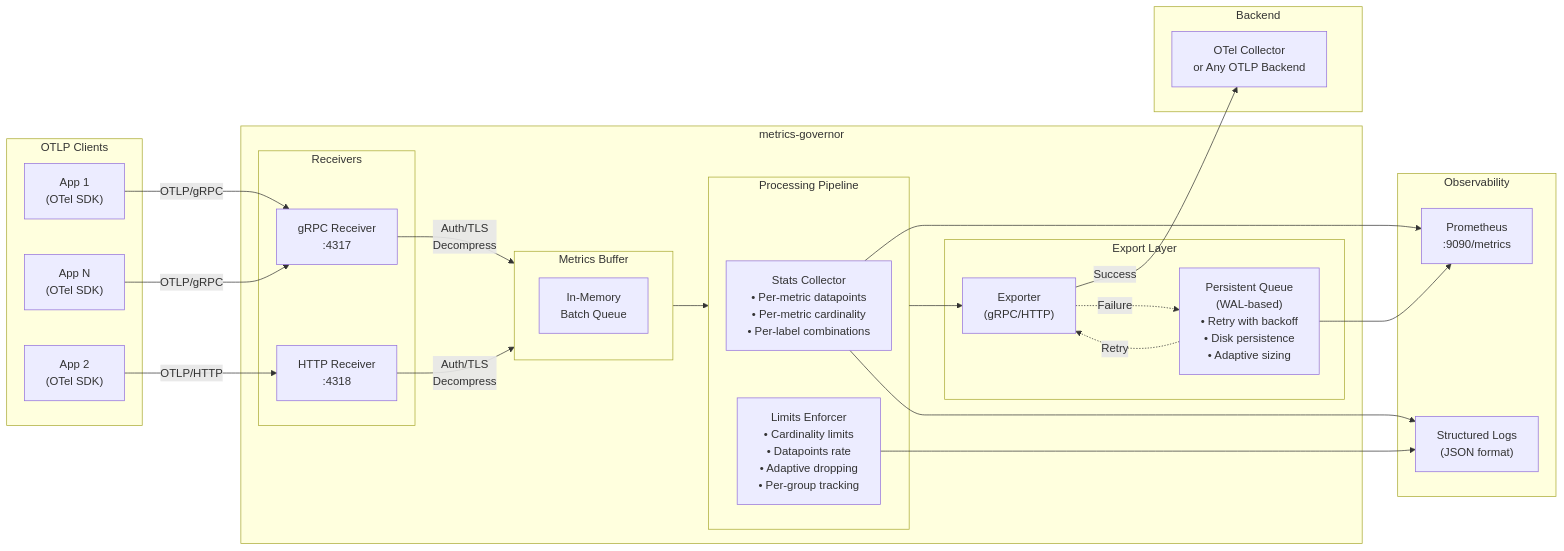
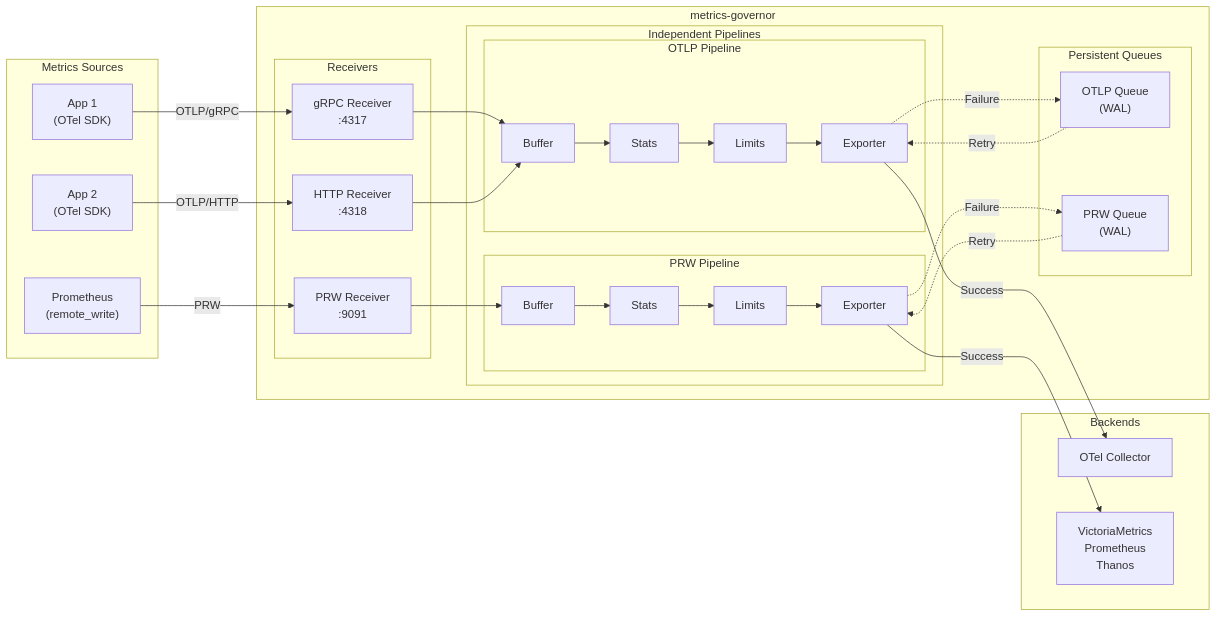
The diagram in README.md (szibis/metrics-governor), drawn with Mermaid before and after one commit. The commit also changed other lines of this file, not shown here.

Commit message:
Add PRW docs

````diff
--- a/README.md
+++ b/README.md
@@ -32,55 +35,54 @@
 ```mermaid
 flowchart LR
-    subgraph Clients["OTLP Clients"]
+    subgraph Clients["Metrics Sources"]
         App1["App 1<br/>(OTel SDK)"]
         App2["App 2<br/>(OTel SDK)"]
-        AppN["App N<br/>(OTel SDK)"]
+        Prom["Prometheus<br/>(remote_write)"]
     end
 
     subgraph MG["metrics-governor"]
         subgraph Receivers["Receivers"]
             GRPC["gRPC Receiver<br/>:4317"]
             HTTP["HTTP Receiver<br/>:4318"]
+            PRW["PRW Receiver<br/>:9091"]
         end
 
-        subgraph Buffer["Metrics Buffer"]
-            MemQueue["In-Memory<br/>Batch Queue"]
+        subgraph Pipelines["Independent Pipelines"]
+            subgraph OTLP_Pipeline["OTLP Pipeline"]
+                OBuf["Buffer"]
+                OStats["Stats"]
+                OLimits["Limits"]
+                OExp["Exporter"]
+            end
+            subgraph PRW_Pipeline["PRW Pipeline"]
+                PBuf["Buffer"]
+                PStats["Stats"]
+                PLimits["Limits"]
+                PExp["Exporter"]
+            end
         end
 
-        subgraph Pipeline["Processing Pipeline"]
-            Stats["Stats Collector<br/>• Per-metric datapoints<br/>• Per-metric cardinality<br/>• Per-label combinations"]
-            Limits["Limits Enforcer<br/>• Cardinality limits<br/>• Datapoints rate<br/>• Adaptive dropping<br/>• Per-group tracking"]
-        end
-
-        subgraph Export["Export Layer"]
-            Exporter["Exporter<br/>(gRPC/HTTP)"]
-            SendQueue["Persistent Queue<br/>(WAL-based)<br/>• Retry with backoff<br/>• Disk persistence<br/>• Adaptive sizing"]
+        subgraph Queue["Persistent Queues"]
+            OQueue["OTLP Queue<br/>(WAL)"]
+            PQueue["PRW Queue<br/>(WAL)"]
         end
     end
 
-    subgraph Backend["Backend"]
-        OTel["OTel Collector<br/>or Any OTLP Backend"]
-    end
-
-    subgraph Observability["Observability"]
-        Prom["Prometheus<br/>:9090/metrics"]
-        Logs["Structured Logs<br/>(JSON format)"]
+    subgraph Backends["Backends"]
+        OTel["OTel Collector"]
+        VM["VictoriaMetrics<br/>Prometheus<br/>Thanos"]
     end
 
     App1 -->|"OTLP/gRPC"| GRPC
     App2 -->|"OTLP/HTTP"| HTTP
-    AppN -->|"OTLP/gRPC"| GRPC
+    Prom -->|"PRW"| PRW
 
-    GRPC -->|"Auth/TLS<br/>Decompress"| Buffer
-    HTTP -->|"Auth/TLS<br/>Decompress"| Buffer
+    GRPC --> OBuf --> OStats --> OLimits --> OExp
+    HTTP --> OBuf
+    PRW --> PBuf --> PStats --> PLimits --> PExp
 
-    Buffer --> Pipeline
-    Stats --> Prom
-    Stats --> Logs
-    Limits --> Logs
-    Pipeline --> Exporter
-    Exporter -->|"Success"| OTel
-    Exporter -.->|"Failure"| SendQueue
-    SendQueue -.->|"Retry"| Exporter
-    SendQueue --> Prom
+    OExp -->|"Success"| OTel
+    OExp -.->|"Failure"| OQueue -.->|"Retry"| OExp
+    PExp -->|"Success"| VM
+    PExp -.->|"Failure"| PQueue -.->|"Retry"| PExp
 ```
````
